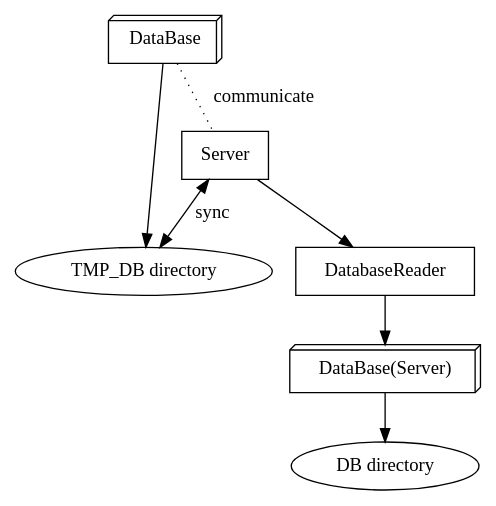
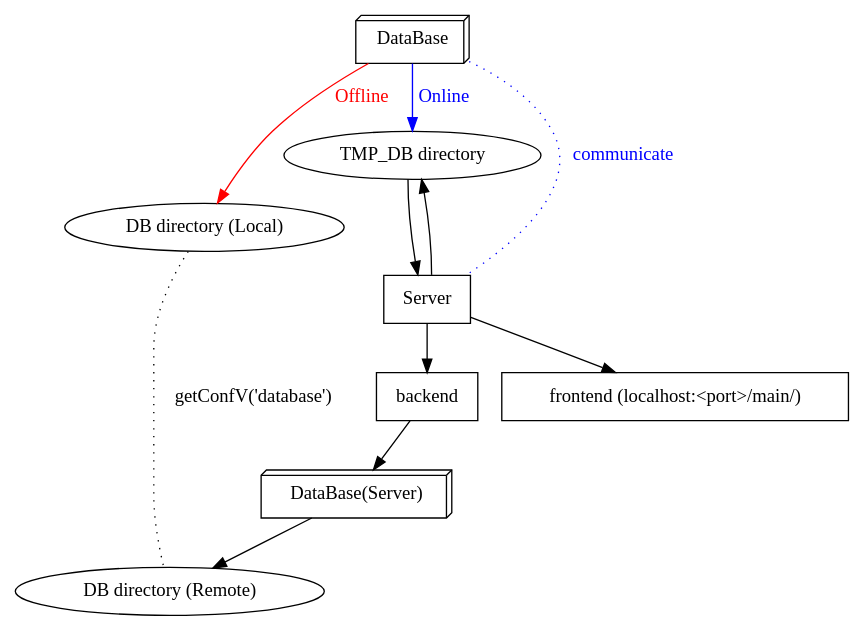
One commit to MenxLi/Lires changed the second of 2 diagrams in 开发说明.md. Above: the diagram before and after it, drawn with Graphviz. The commit also changed other lines of this file, not shown here.

Commit message:
doc: graph change - add file system

````diff
--- a/开发说明.md
+++ b/开发说明.md
@@ -56,15 +60,28 @@
 ```dot
 digraph FileGraph{
     node [shape=box]
     compound=true
     DataBase [shape=box3d]
     "DataBase(Server)" [shape=box3d]
-    "DB directory" [shape=oval]
+    "DB directory (Remote)" [shape=oval]
+    "DB directory (Local)" [shape=oval]
     "TMP_DB directory" [shape=oval]
 
-    Server -> DatabaseReader -> "DataBase(Server)" -> "DB directory"
-    DataBase -> "TMP_DB directory"
-    DataBase -> Server [dir=none, style=dotted, label="communicate"]
-    Server -> "TMP_DB directory" [dir=both, label="sync"]
+    subgraph Online{
+        Server -> backend -> "DataBase(Server)" -> "DB directory (Remote)"
+        DataBase -> "TMP_DB directory" [label="Online", color=blue, fontcolor=blue]
+        DataBase -> Server [dir=none, style=dotted, label="communicate", color=blue, fontcolor=blue]
+        Server -> "TMP_DB directory"
+        "TMP_DB directory" -> Server
+        Server -> "frontend (localhost:<port>/main/)"
+    }
+
+    subgraph Offline{
+        edge [color=red fontcolor=red]
+        DataBase -> "DB directory (Local)" [label="Offline"]
+
+    }
+
+    "DB directory (Local)" -> "DB directory (Remote)" [dir=none, style=dotted, label="getConfV('database')"]
 }
 ```
````
